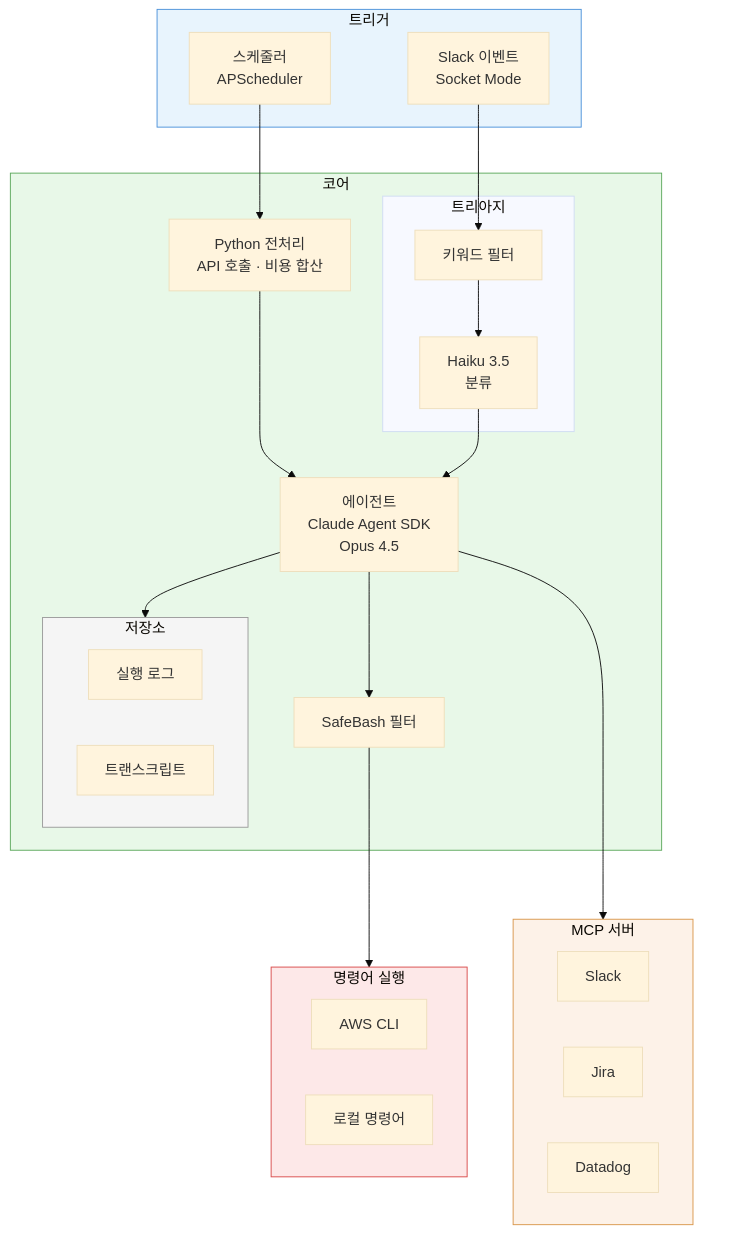
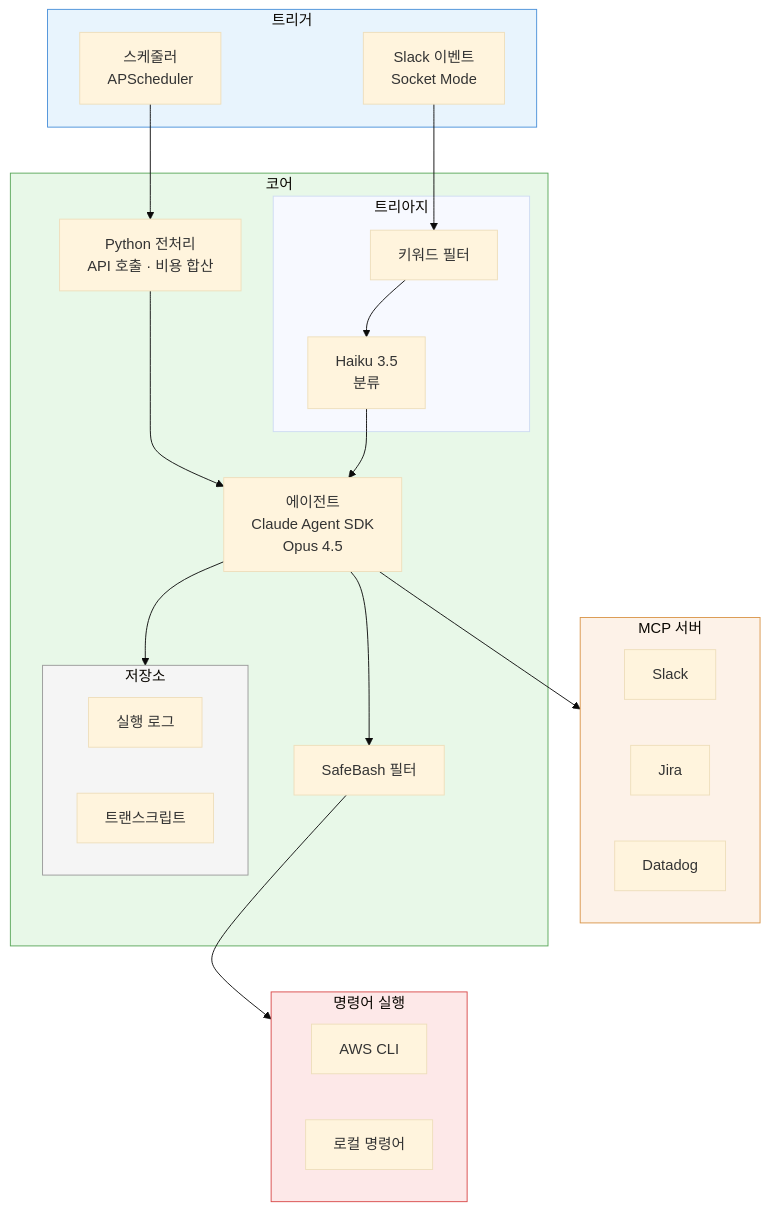
The first of 3 diagrams in content/ai/ai-infra-automation.md (kimduksoo/duksoo-tech-blog), drawn with Mermaid (base theme) before and after one commit.

Commit message:
저장소/SafeBash 순서 변경으로 레이아웃 조정

````diff
--- a/content/ai/ai-infra-automation.md
+++ b/content/ai/ai-infra-automation.md
@@ -26,45 +26,45 @@
 ```mermaid
 flowchart TB
     subgraph 트리거
         Cron[스케줄러<br/>APScheduler]
         Event[Slack 이벤트<br/>Socket Mode]
     end
 
-    subgraph 도구[" "]
-        subgraph MCP[MCP 서버]
-            S[Slack]
-            J[Jira]
-            D[Datadog]
-        end
-        subgraph CLI[명령어 실행]
-            AWS[AWS CLI]
-            Local[로컬 명령어]
-        end
+    subgraph MCP[MCP 서버]
+        S[Slack]
+        J[Jira]
+        D[Datadog]
     end
 
     subgraph 코어
         subgraph 트리아지
             KW[키워드 필터] --> Haiku[Haiku 3.5<br/>분류]
         end
         Pre[Python 전처리<br/>API 호출 · 비용 합산] --> Agent[에이전트<br/>Claude Agent SDK<br/>Opus 4.5]
         Haiku --> Agent
-        Agent --> Safe[SafeBash 필터]
         subgraph 저장소
             Log[실행 로그]
             Transcript[트랜스크립트]
         end
         Agent --> 저장소
+        Agent --> Safe[SafeBash 필터]
+    end
+
+    subgraph CLI[명령어 실행]
+        AWS[AWS CLI]
+        Local[로컬 명령어]
     end
 
     Cron --> Pre
     Event --> KW
     Agent --> MCP
     Safe --> CLI
+    트리아지 ~~~ MCP
+    Safe ~~~ CLI
 
     style 트리거 fill:#e8f4fd,stroke:#4a90d9
-    style 도구 fill:none,stroke:none
     style 코어 fill:#e8f8e8,stroke:#5ba85b
+    style 저장소 fill:#f5f5f5,stroke:#999999
     style MCP fill:#fdf2e8,stroke:#d9964a
     style CLI fill:#fde8e8,stroke:#d94a4a
-    style 저장소 fill:#f5f5f5,stroke:#999999
 ```
````
